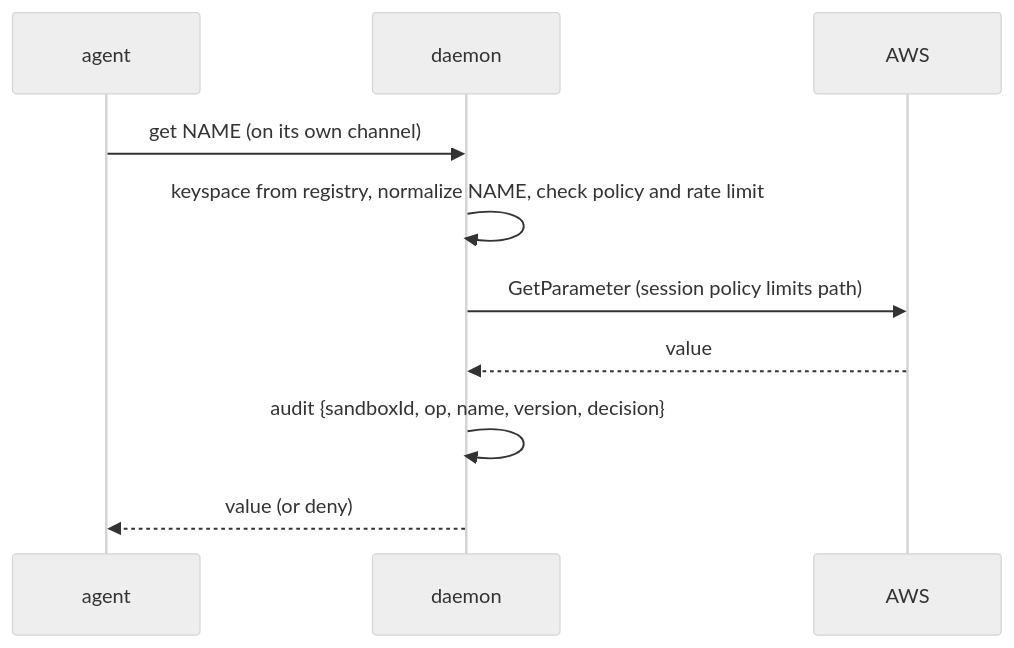
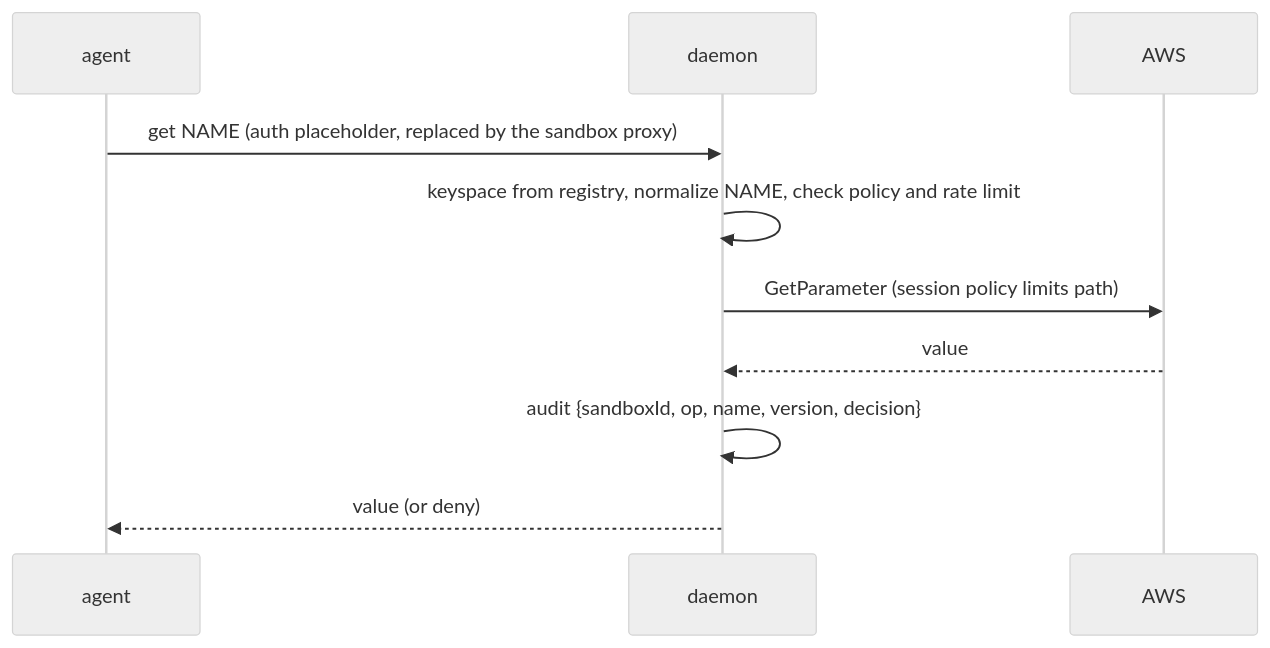
The second of 2 diagrams in SPEC.md (solidareasy/keyless-agents), drawn with Mermaid (neutral theme) before and after one commit. The commit also changed other lines of this file, not shown here.

Commit message:
docs(spec): token via sandbox proxy, klag user, Identity Center auth, reserved names

````diff
--- a/SPEC.md
+++ b/SPEC.md
@@ -42,12 +42,12 @@
 ```mermaid
 sequenceDiagram
   participant A as agent
   participant D as daemon
   participant S as AWS
-  A->>D: get NAME (on its own channel)
+  A->>D: get NAME (auth placeholder, replaced by the sandbox proxy)
   D->>D: keyspace from registry, normalize NAME, check policy and rate limit
   D->>S: GetParameter (session policy limits path)
   S-->>D: value
   D->>D: audit {sandboxId, op, name, version, decision}
   D-->>A: value (or deny)
 ```
````
